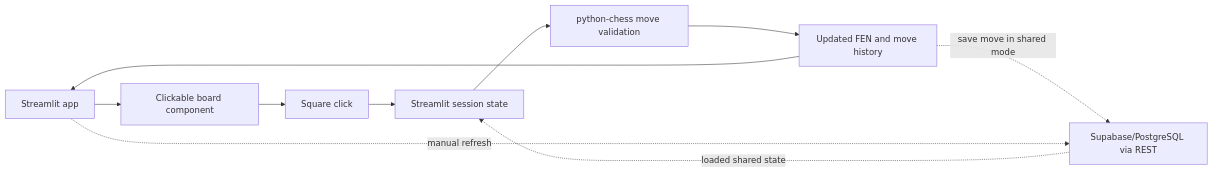
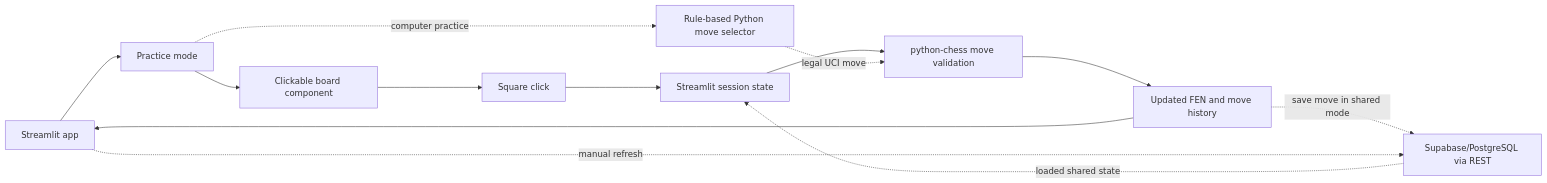
Before and after one commit to NikolayAir/Boardstep: the diagram in README.md, drawn with Mermaid. The commit also changed other lines of this file and 1 other file, not shown here.

````diff
--- a/README.md
+++ b/README.md
@@ -19,12 +19,17 @@
 ```mermaid
 flowchart LR
-    UI["Streamlit app"] --> Board["Clickable board component"]
+    UI["Streamlit app"] --> Mode["Practice mode"]
+    Mode --> Board["Clickable board component"]
     Board --> Click["Square click"]
     Click --> State["Streamlit session state"]
     State --> Rules["python-chess move validation"]
     Rules --> Position["Updated FEN and move history"]
     Position --> UI
+
+    Mode -. "computer practice" .-> Computer["Rule-based Python move selector"]
+    Computer -. "legal UCI move" .-> Rules
+
     Position -. "save move in shared mode" .-> Storage["Supabase/PostgreSQL via REST"]
     UI -. "manual refresh" .-> Storage
     Storage -. "loaded shared state" .-> State
 ```
````
